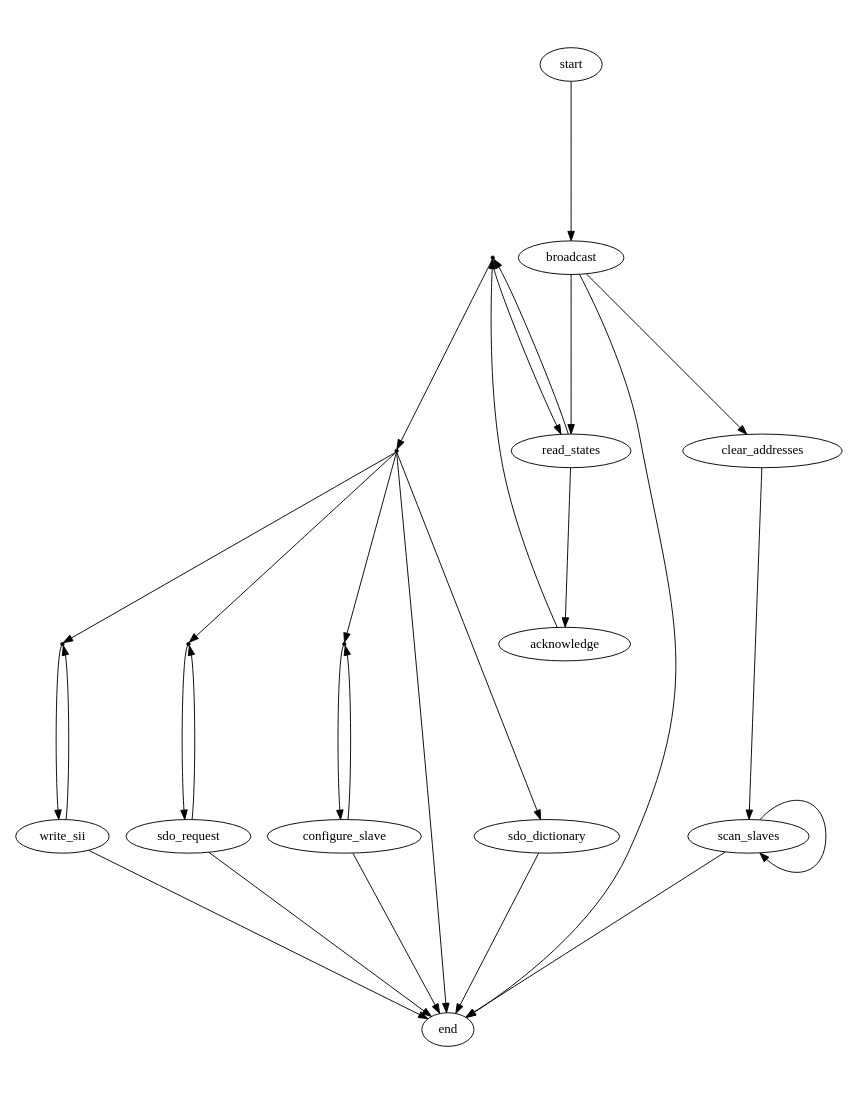
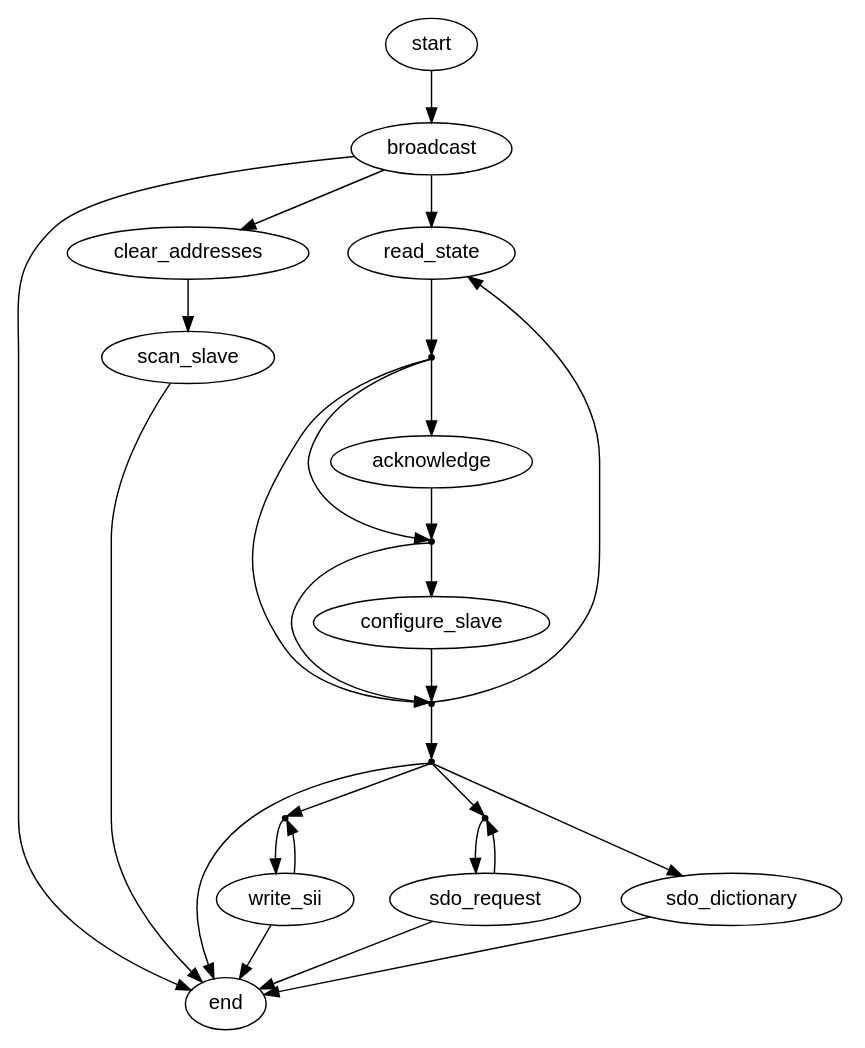
One commit to ribalda/ethercat changed the diagram in documentation/graphs/fsm_master.dot. Above: the diagram before and after it, drawn with Graphviz. The commit also changed 2 other files, not shown here.

```diff
--- a/documentation/graphs/fsm_master.dot
+++ b/documentation/graphs/fsm_master.dot
@@ -1,67 +1,69 @@
 
 /* $Id$ */
 
 digraph master {
     size="7,9"
     center=1
 	ratio=fill
 
-    action_process_sii [shape=point,label=""]
-    action_process_sdo [shape=point,label=""]
-    action_configure [shape=point,label=""]
-    action_next_slave_state [shape=point,label=""]
-    action_process_states [shape=point,label=""]
-
+    start [fontname="Helvetica"]
     start -> broadcast [weight=10]
 
-    //broadcast -> error
+    broadcast [fontname="Helvetica"]
     broadcast -> end
     broadcast -> clear_addresses
-    broadcast -> read_states [weight=10]
+    broadcast -> read_state [weight=10]
 
+    action_process_sii [shape=point,label=""]
     action_process_sii -> write_sii
 
+    action_process_sdo [shape=point,label=""]
     action_process_sdo -> sdo_request
 
-    action_configure -> configure_slave
+    action_idle [shape=point,label=""]
+    action_idle -> action_process_sdo
+    action_idle -> sdo_dictionary
+    action_idle -> action_process_sii
+    action_idle -> end
 
-    action_process_states -> action_configure
-    action_process_states -> action_process_sdo
-    action_process_states -> sdo_dictionary
-    action_process_states -> action_process_sii
-    action_process_states -> end
+    action_next_slave_state [shape=point,label=""]
+    action_next_slave_state -> read_state
+    action_next_slave_state -> action_idle [weight=10]
+    
+    action_configure [shape=point,label=""]
+    action_configure -> configure_slave [weight=10]
+    action_configure -> action_next_slave_state
 
-    action_next_slave_state -> read_states
-    action_next_slave_state -> action_process_states
+    action_acknowledge [shape=point,label=""]
+    action_acknowledge -> acknowledge [weight=10]
+    action_acknowledge -> action_configure
+    action_acknowledge -> action_next_slave_state
 
-    //read_states -> error
-    read_states -> action_next_slave_state
-    read_states -> acknowledge
+    read_state [fontname="Helvetica"]
+    read_state -> action_acknowledge [weight=10]
 
-    //acknowledge -> error
-    acknowledge -> action_next_slave_state
+    acknowledge [fontname="Helvetica"]
+    acknowledge -> action_configure [weight=10]
 
-    //clear_addresses -> error
-    clear_addresses -> scan_slaves
+    clear_addresses [fontname="Helvetica"]
+    clear_addresses -> scan_slave [weight=10]
 
-    scan_slaves -> scan_slaves
-    scan_slaves -> end
+    scan_slave [fontname="Helvetica"]
+    scan_slave -> end
 
-    configure_slave -> action_configure
-    configure_slave -> end
+    configure_slave [fontname="Helvetica"]
+    configure_slave -> action_next_slave_state [weight=10]
 
-    //write_sii -> error
+    write_sii [fontname="Helvetica"]
     write_sii -> action_process_sii
     write_sii -> end
 
-    //sdo_dictionary -> error
+    sdo_dictionary [fontname="Helvetica"]
     sdo_dictionary -> end
 
-    //sdo_request -> error
+    sdo_request [fontname="Helvetica"]
     sdo_request -> action_process_sdo
     sdo_request -> end
 
-    //error -> start
-
-    //end -> start
+    end [fontname="Helvetica"]
 }
```
